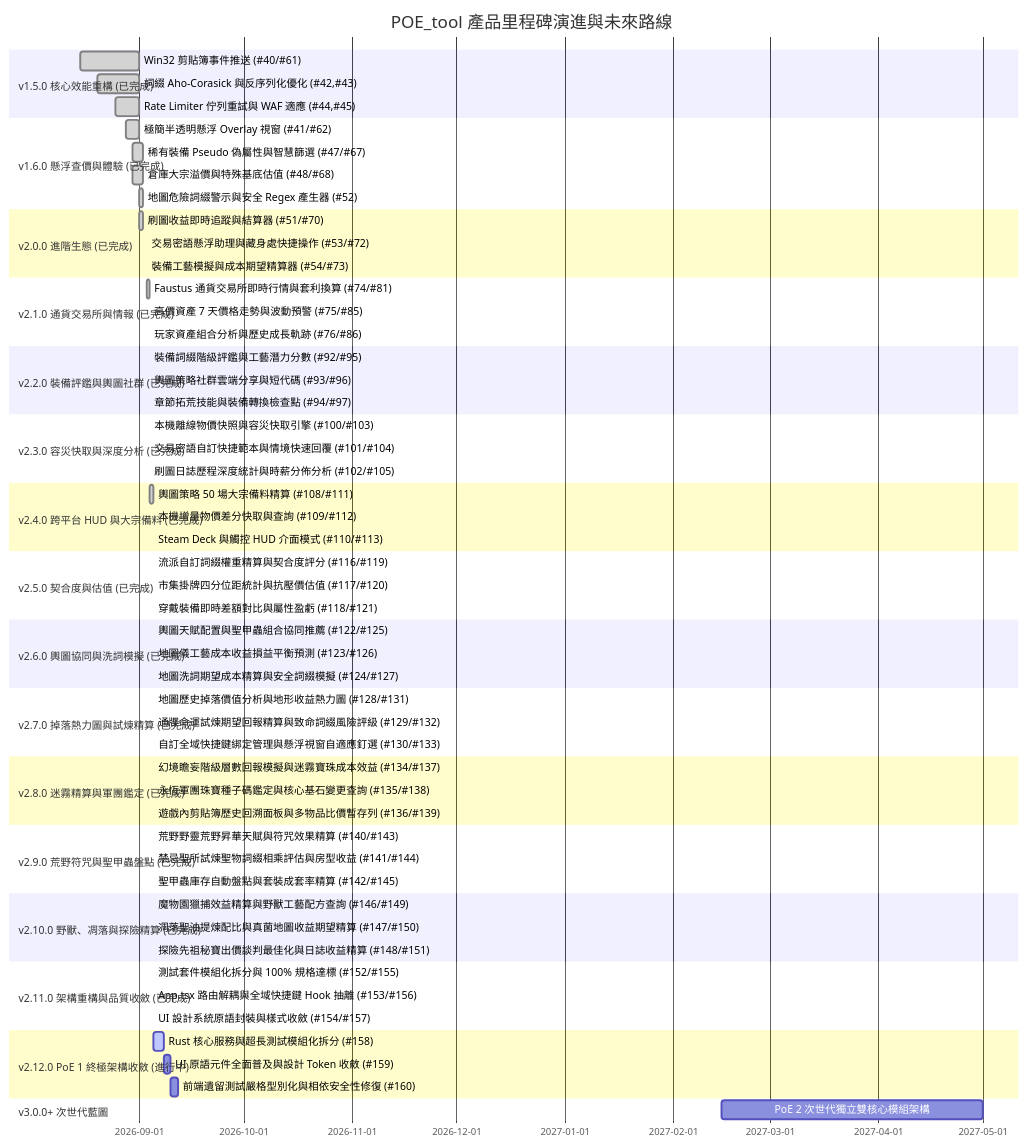
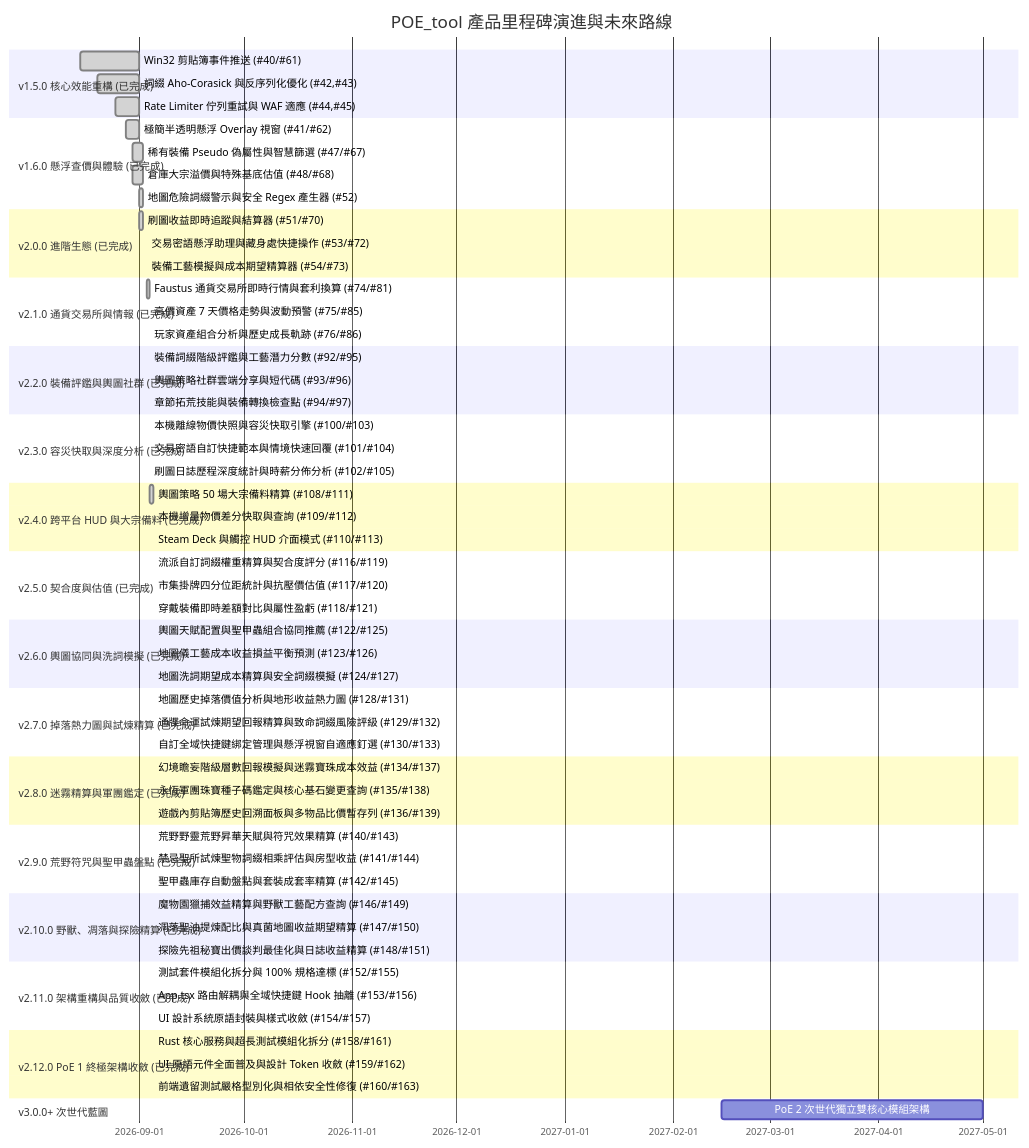
Before and after one commit to saijo0404/POE-tool: the diagram in ROADMAP.md, drawn with Mermaid. The commit also changed other lines of this file and 7 other files, not shown here.

Commit message:
chore(release): bump version to v2.12.0 LTS and update roadmap & changelog (#164)

````diff
--- a/ROADMAP.md
+++ b/ROADMAP.md
@@ -67,68 +67,68 @@
 ```mermaid
 gantt
     title POE_tool 產品里程碑演進與未來路線
     dateFormat  YYYY-MM-DD
     section v1.5.0 核心效能重構 (已完成)
     Win32 剪貼簿事件推送 (#40/#61)           :done,    m1_1, 2026-08-15, 2026-09-01
     詞綴 Aho-Corasick 與反序列化優化 (#42,#43) :done,    m1_2, 2026-08-20, 2026-09-01
     Rate Limiter 佇列重試與 WAF 適應 (#44,#45)  :done,    m1_3, 2026-08-25, 2026-09-01
     section v1.6.0 懸浮查價與體驗 (已完成)
     極簡半透明懸浮 Overlay 視窗 (#41/#62)     :done,    m2_1, 2026-08-28, 2026-09-01
     稀有裝備 Pseudo 偽屬性與智慧篩選 (#47/#67) :done,    m2_2, 2026-08-30, 2026-09-02
     倉庫大宗溢價與特殊基底估值 (#48/#68)      :done,    m2_3, 2026-08-30, 2026-09-02
     地圖危險詞綴警示與安全 Regex 產生器 (#52)  :done,    m2_4, 2026-09-01, 2026-09-02
     section v2.0.0 進階生態 (已完成)
     刷圖收益即時追蹤與結算器 (#51/#70)        :done,    m3_1, 2026-09-01, 2026-09-02
     交易密語懸浮助理與藏身處快捷操作 (#53/#72) :done,    m3_2, 2026-09-03, 2026-09-03
     裝備工藝模擬與成本期望精算器 (#54/#73)     :done,    m3_3, 2026-09-03, 2026-09-03
     section v2.1.0 通貨交易所與情報 (已完成)
     Faustus 通貨交易所即時行情與套利換算 (#74/#81) :done,    m4_1, 2026-09-03, 2026-09-04
     高價資產 7 天價格走勢與波動預警 (#75/#85)     :done,    m4_2, 2026-09-04, 2026-09-04
     玩家資產組合分析與歷史成長軌跡 (#76/#86)       :done,    m4_3, 2026-09-04, 2026-09-04
     section v2.2.0 裝備評鑑與輿圖社群 (已完成)
     裝備詞綴階級評鑑與工藝潛力分數 (#92/#95)     :done,    m5_1, 2026-09-04, 2026-09-04
     輿圖策略社群雲端分享與短代碼 (#93/#96)       :done,    m5_2, 2026-09-04, 2026-09-04
     章節拓荒技能與裝備轉換檢查點 (#94/#97)       :done,    m5_3, 2026-09-04, 2026-09-04
     section v2.3.0 容災快取與深度分析 (已完成)
     本機離線物價快照與容災快取引擎 (#100/#103)    :done,    m6_1, 2026-09-04, 2026-09-04
     交易密語自訂快捷範本與情境快速回覆 (#101/#104) :done,    m6_2, 2026-09-04, 2026-09-04
     刷圖日誌歷程深度統計與時薪分佈分析 (#102/#105) :done,    m6_3, 2026-09-04, 2026-09-04
     section v2.4.0 跨平台 HUD 與大宗備料 (已完成)
     輿圖策略 50 場大宗備料精算 (#108/#111)       :done,    m7_1, 2026-09-04, 2026-09-05
     本機增量物價差分快取與查詢 (#109/#112)       :done,    m7_2, 2026-09-05, 2026-09-05
     Steam Deck 與觸控 HUD 介面模式 (#110/#113)  :done,    m7_3, 2026-09-05, 2026-09-05
     section v2.5.0 契合度與估值 (已完成)
     流派自訂詞綴權重精算與契合度評分 (#116/#119)  :done,    m8_1, 2026-09-05, 2026-09-05
     市集掛牌四分位距統計與抗壓價估值 (#117/#120)  :done,    m8_2, 2026-09-05, 2026-09-05
     穿戴裝備即時差額對比與屬性盈虧 (#118/#121)    :done,    m8_3, 2026-09-05, 2026-09-05
     section v2.6.0 輿圖協同與洗詞模擬 (已完成)
     輿圖天賦配置與聖甲蟲組合協同推薦 (#122/#125)    :done,    m9_1, 2026-09-05, 2026-09-05
     地圖儀工藝成本收益損益平衡預測 (#123/#126)    :done,    m9_2, 2026-09-05, 2026-09-05
     地圖洗詞期望成本精算與安全詞綴模擬 (#124/#127)  :done,    m9_3, 2026-09-05, 2026-09-05
     section v2.7.0 掉落熱力圖與試煉精算 (已完成)
     地圖歷史掉落價值分析與地形收益熱力圖 (#128/#131)      :done,    m10_1, 2026-09-05, 2026-09-05
     通牒命運試煉期望回報精算與致命詞綴風險評級 (#129/#132) :done,    m10_2, 2026-09-05, 2026-09-05
     自訂全域快捷鍵綁定管理與懸浮視窗自適應釘選 (#130/#133) :done,    m10_3, 2026-09-05, 2026-09-05
     section v2.8.0 迷霧精算與軍團鑑定 (已完成)
     幻境瞻妄階級層數回報模擬與迷霧寶珠成本效益 (#134/#137) :done,    m11_1, 2026-09-05, 2026-09-05
     永恆軍團珠寶種子碼鑑定與核心基石變更查詢 (#135/#138)   :done,    m11_2, 2026-09-05, 2026-09-05
     遊戲內剪貼簿歷史回溯面板與多物品比價暫存列 (#136/#139) :done,    m11_3, 2026-09-05, 2026-09-05
     section v2.9.0 荒野符咒與聖甲蟲盤點 (已完成)
     荒野野靈荒野昇華天賦與符咒效果精算 (#140/#143)       :done,    m12_1, 2026-09-05, 2026-09-05
     禁忌聖所試煉聖物詞綴相乘評估與房型收益 (#141/#144)   :done,    m12_2, 2026-09-05, 2026-09-05
     聖甲蟲庫存自動盤點與套裝成套率精算 (#142/#145)       :done,    m12_3, 2026-09-05, 2026-09-05
     section v2.10.0 野獸、凋落與探險精算 (已完成)
     魔物園獵捕效益精算與野獸工藝配方查詢 (#146/#149)       :done,    m13_1, 2026-09-05, 2026-09-05
     凋落聖油提煉配比與真菌地圖收益期望精算 (#147/#150)   :done,    m13_2, 2026-09-05, 2026-09-05
     探險先祖秘寶出價談判最佳化與日誌收益精算 (#148/#151) :done,    m13_3, 2026-09-05, 2026-09-05
     section v2.11.0 架構重構與品質收斂 (已完成)
     測試套件模組化拆分與 100% 規格達標 (#152/#155)   :done,    m14_1, 2026-09-05, 2026-09-05
     App.tsx 路由解耦與全域快捷鍵 Hook 抽離 (#153/#156) :done,    m14_2, 2026-09-05, 2026-09-05
     UI 設計系統原語封裝與樣式收斂 (#154/#157)         :done,    m14_3, 2026-09-05, 2026-09-05
-    section v2.12.0 PoE 1 終極架構收斂 (進行中)
-    Rust 核心服務與超長測試模組化拆分 (#158)        :active,  m15_1, 2026-09-05, 2026-09-08
-    UI 原語元件全面普及與設計 Token 收斂 (#159)       :         m15_2, 2026-09-08, 2026-09-10
-    前端遺留測試嚴格型別化與相依安全性修復 (#160)     :         m15_3, 2026-09-10, 2026-09-12
+    section v2.12.0 PoE 1 終極架構收斂 (已完成)
+    Rust 核心服務與超長測試模組化拆分 (#158/#161)        :done,    m15_1, 2026-09-05, 2026-09-05
+    UI 原語元件全面普及與設計 Token 收斂 (#159/#162)       :done,    m15_2, 2026-09-05, 2026-09-05
+    前端遺留測試嚴格型別化與相依安全性修復 (#160/#163)     :done,    m15_3, 2026-09-05, 2026-09-05
     section v3.0.0+ 次世代藍圖
     PoE 2 次世代獨立雙核心模組架構           :         m16_1, 2027-02-15, 2027-05-01
 ```
````
